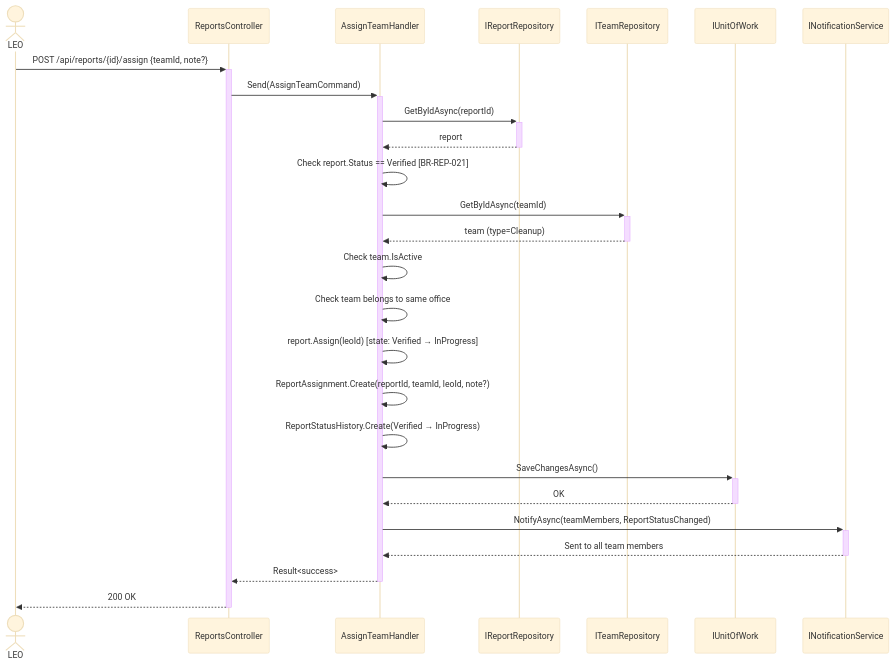
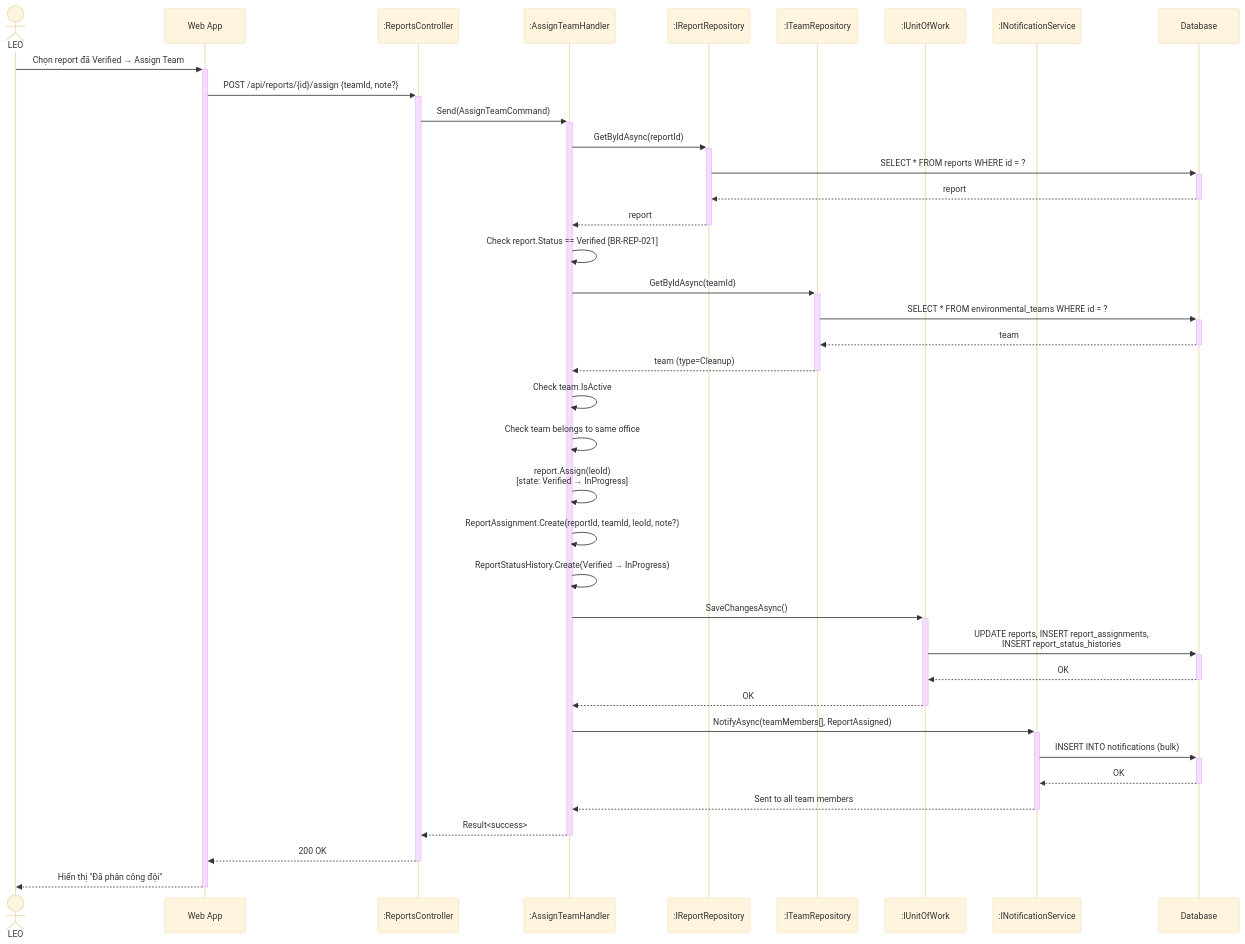
Before and after one commit to Capstonne-Project/greenlens-service: the seventh of 25 diagrams in docs/BusinessRule/SEQUENCE_DIAGRAMS.md, drawn with Mermaid (base theme). The commit also changed other lines of this file, not shown here.

Commit message:
fix(docs): enhance format sequence diagram

````diff
--- a/docs/BusinessRule/SEQUENCE_DIAGRAMS.md
+++ b/docs/BusinessRule/SEQUENCE_DIAGRAMS.md
@@ -335,37 +414,47 @@
 ```mermaid
 sequenceDiagram
     actor LEO
-    participant API as ReportsController
-    participant Handler as AssignTeamHandler
-    participant ReportRepo as IReportRepository
-    participant TeamRepo as ITeamRepository
-    participant DB as IUnitOfWork
-    participant Notif as INotificationService
+    participant App as Web App
+    participant Ctrl as :ReportsController
+    participant Hdl as :AssignTeamHandler
+    participant RptRepo as :IReportRepository
+    participant TeamRepo as :ITeamRepository
+    participant UoW as :IUnitOfWork
+    participant Notif as :INotificationService
+    participant DB as Database
 
-    LEO->>+API: POST /api/reports/{id}/assign {teamId, note?}
-    API->>+Handler: Send(AssignTeamCommand)
+    LEO->>+App: Chọn report đã Verified → Assign Team
+    App->>+Ctrl: POST /api/reports/{id}/assign {teamId, note?}
+    Ctrl->>+Hdl: Send(AssignTeamCommand)
 
-    Handler->>+ReportRepo: GetByIdAsync(reportId)
-    ReportRepo-->>-Handler: report
+    Hdl->>+RptRepo: GetByIdAsync(reportId)
+    RptRepo->>+DB: SELECT * FROM reports WHERE id = ?
+    DB-->>-RptRepo: report
+    RptRepo-->>-Hdl: report
+    Hdl->>Hdl: Check report.Status == Verified [BR-REP-021]
 
-    Handler->>Handler: Check report.Status == Verified [BR-REP-021]
+    Hdl->>+TeamRepo: GetByIdAsync(teamId)
+    TeamRepo->>+DB: SELECT * FROM environmental_teams WHERE id = ?
+    DB-->>-TeamRepo: team
+    TeamRepo-->>-Hdl: team (type=Cleanup)
+    Hdl->>Hdl: Check team.IsActive
+    Hdl->>Hdl: Check team belongs to same office
 
-    Handler->>+TeamRepo: GetByIdAsync(teamId)
-    TeamRepo-->>-Handler: team (type=Cleanup)
+    Hdl->>Hdl: report.Assign(leoId)<br/>[state: Verified → InProgress]
+    Hdl->>Hdl: ReportAssignment.Create(reportId, teamId, leoId, note?)
+    Hdl->>Hdl: ReportStatusHistory.Create(Verified → InProgress)
 
-    Handler->>Handler: Check team.IsActive
-    Handler->>Handler: Check team belongs to same office
+    Hdl->>+UoW: SaveChangesAsync()
+    UoW->>+DB: UPDATE reports, INSERT report_assignments,<br/>INSERT report_status_histories
+    DB-->>-UoW: OK
+    UoW-->>-Hdl: OK
 
-    Handler->>Handler: report.Assign(leoId) [state: Verified → InProgress]
-    Handler->>Handler: ReportAssignment.Create(reportId, teamId, leoId, note?)
-    Handler->>Handler: ReportStatusHistory.Create(Verified → InProgress)
+    Hdl->>+Notif: NotifyAsync(teamMembers[], ReportAssigned)
+    Notif->>+DB: INSERT INTO notifications (bulk)
+    DB-->>-Notif: OK
+    Notif-->>-Hdl: Sent to all team members
 
-    Handler->>+DB: SaveChangesAsync()
-    DB-->>-Handler: OK
-
-    Handler->>+Notif: NotifyAsync(teamMembers, ReportStatusChanged)
-    Notif-->>-Handler: Sent to all team members
-
-    Handler-->>-API: Result<success>
-    API-->>-LEO: 200 OK
+    Hdl-->>-Ctrl: Result<success>
+    Ctrl-->>-App: 200 OK
+    App-->>-LEO: Hiển thị "Đã phân công đội"
 ```
````
